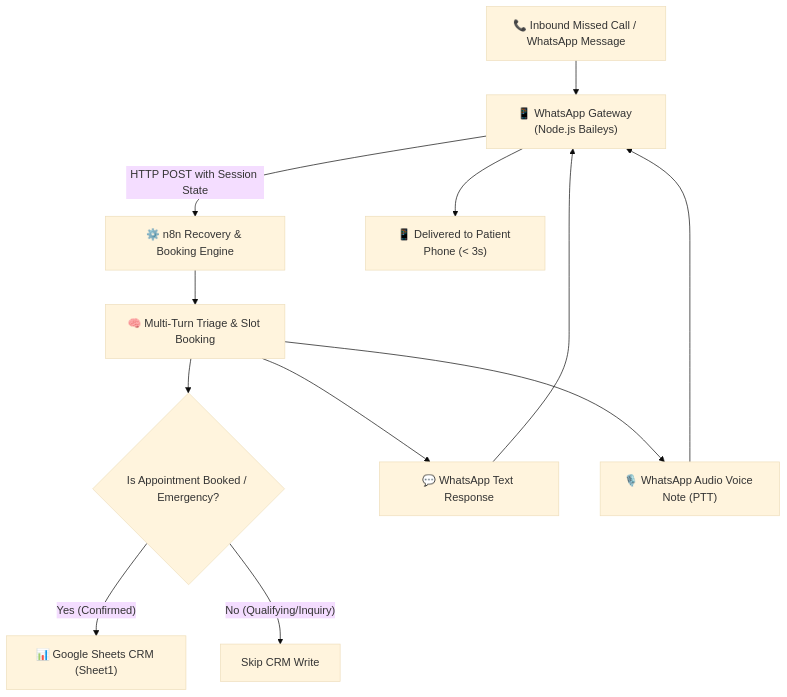
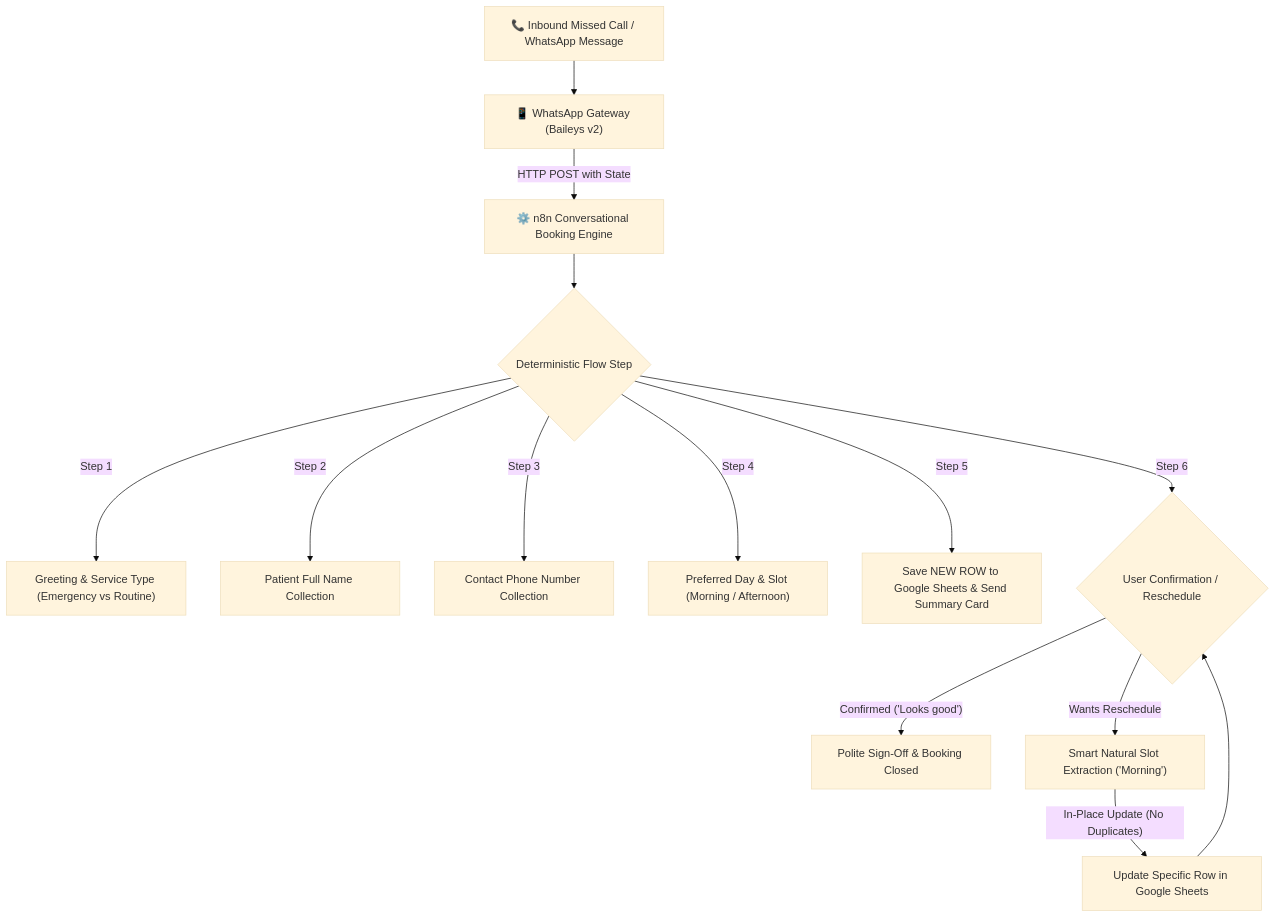
Before and after one commit to rehanziadeveloper-ship-it/My-Projects: the diagram in day-02-missed-call-recovery/README.md, drawn with Mermaid (base theme). The commit also changed other lines of this file and 3 other files, not shown here.

Commit message:
feat(day-02): update Apex Dental 6-step engine, in-place reschedule & clean clinical status

````diff
--- a/day-02-missed-call-recovery/README.md
+++ b/day-02-missed-call-recovery/README.md
@@ -37,14 +18,18 @@
 ```mermaid
 flowchart TD
-    A["📞 Inbound Missed Call / WhatsApp Message"] --> B["📱 WhatsApp Gateway (Node.js Baileys)"]
-    B -->|"HTTP POST with Session State"| C["⚙️ n8n Recovery & Booking Engine"]
-    C --> D["🧠 Multi-Turn Triage & Slot Booking"]
-    D --> E{"Is Appointment Booked / Emergency?"}
-    E -->|"Yes (Confirmed)"| F["📊 Google Sheets CRM (Sheet1)"]
-    E -->|"No (Qualifying/Inquiry)"| G["Skip CRM Write"]
-    D --> H["💬 WhatsApp Text Response"]
-    D --> I["🎙️ WhatsApp Audio Voice Note (PTT)"]
-    H --> B
-    I --> B
-    B --> J["📱 Delivered to Patient Phone (< 3s)"]
+    A["📞 Inbound Missed Call / WhatsApp Message"] --> B["📱 WhatsApp Gateway (Baileys v2)"]
+    B -->|"HTTP POST with State"| C["⚙️ n8n Conversational Booking Engine"]
+    C --> D{"Deterministic Flow Step"}
+    
+    D -->|"Step 1"| S1["Greeting & Service Type (Emergency vs Routine)"]
+    D -->|"Step 2"| S2["Patient Full Name Collection"]
+    D -->|"Step 3"| S3["Contact Phone Number Collection"]
+    D -->|"Step 4"| S4["Preferred Day & Slot (Morning / Afternoon)"]
+    D -->|"Step 5"| S5["Save NEW ROW to Google Sheets & Send Summary Card"]
+    D -->|"Step 6"| S6{"User Confirmation / Reschedule"}
+    
+    S6 -->|"Confirmed ('Looks good')"| END["Polite Sign-Off & Booking Closed"]
+    S6 -->|"Wants Reschedule"| RESCHEDULE["Smart Natural Slot Extraction ('Morning')"]
+    RESCHEDULE -->|"In-Place Update (No Duplicates)"| S5_UPDATE["Update Specific Row in Google Sheets"]
+    S5_UPDATE --> S6
 ```
````
